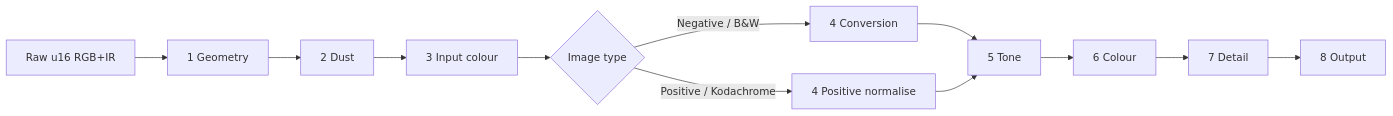
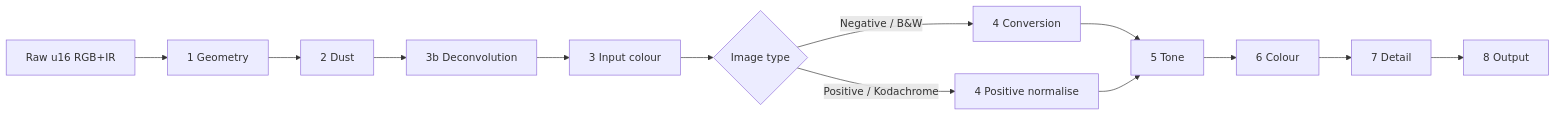
One commit to cschalle/negative-vibes changed the second of 2 diagrams in DESIGN.md. Above: the diagram before and after it, drawn with Mermaid. The commit also changed other lines of this file and 28 other files, not shown here.

````diff
--- a/DESIGN.md
+++ b/DESIGN.md
@@ -507,9 +507,9 @@
 ```mermaid
 flowchart LR
-  RAW[Raw u16 RGB+IR] --> G[1 Geometry] --> D[2 Dust] --> IN[3 Input colour]
-  IN --> NEG{Image type}
+  RAW[Raw u16 RGB+IR] --> G[1 Geometry] --> D[2 Dust] --> DC[3b Deconvolution]
+  DC --> IN[3 Input colour] --> NEG{Image type}
   NEG -->|Negative / B&W| CV[4 Conversion]
   NEG -->|Positive / Kodachrome| PV[4 Positive normalise]
   CV --> T[5 Tone] --> CO[6 Colour] --> DE[7 Detail] --> OUT[8 Output]
   PV --> T
 ```
````
